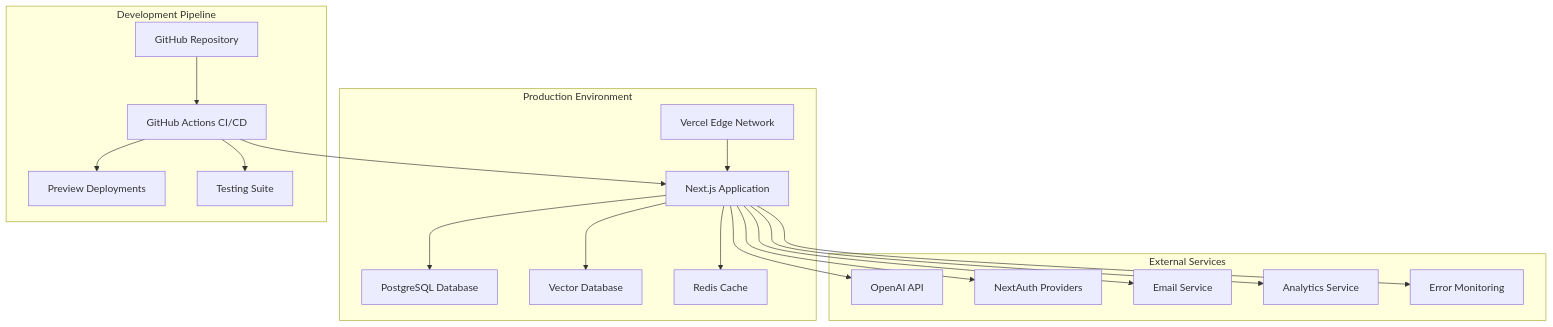
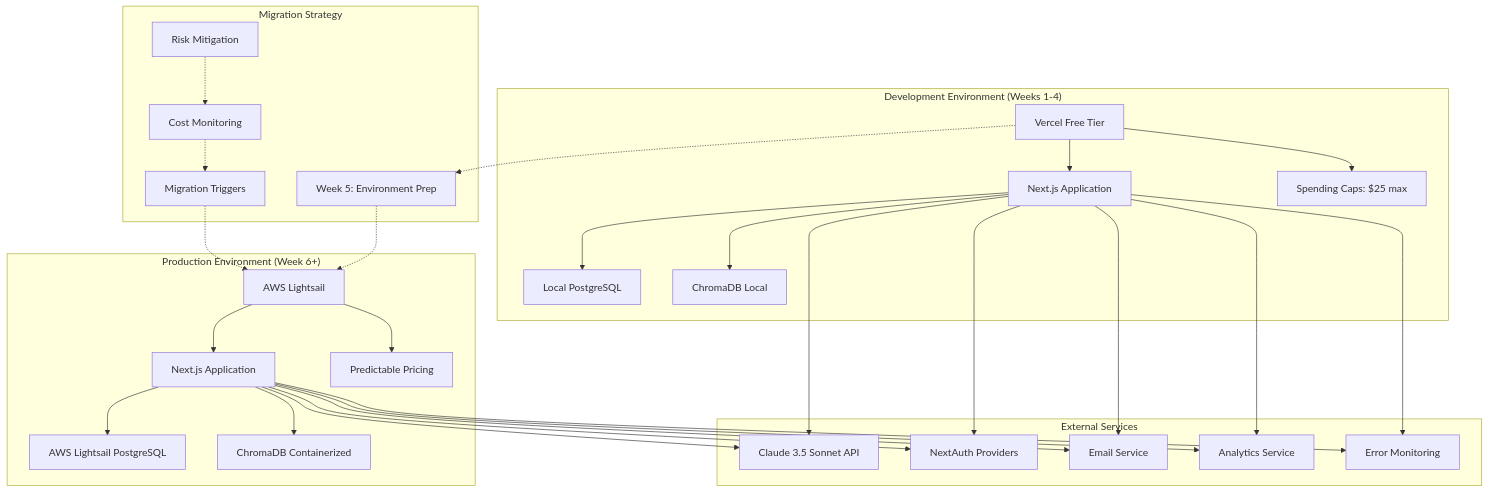
The sixth of 6 diagrams in docs/TSD/technical-specification-document.md (omnidox/Relational_Life_Practice), drawn with Mermaid before and after one commit. The commit also changed other lines of this file and 5 other files, not shown here.

````diff
--- a/docs/TSD/technical-specification-document.md
+++ b/docs/TSD/technical-specification-document.md
@@ -936,40 +942,61 @@
 ```mermaid
 graph TB
-    subgraph "Production Environment"
-        A[Vercel Edge Network]
+    subgraph "Development Environment (Weeks 1-4)"
+        A[Vercel Free Tier]
         B[Next.js Application]
-        C[PostgreSQL Database]
-        D[Vector Database]
-        E[Redis Cache]
+        C[Local PostgreSQL]
+        D[ChromaDB Local]
+        E[Spending Caps: $25 max]
+    end
+    
+    subgraph "Production Environment (Week 6+)"
+        F[AWS Lightsail]
+        G[Next.js Application]
+        H[AWS Lightsail PostgreSQL]
+        I[ChromaDB Containerized]
+        J[Predictable Pricing]
     end
     
     subgraph "External Services"
-        F[OpenAI API]
-        G[NextAuth Providers]
-        H[Email Service]
-        I[Analytics Service]
-        J[Error Monitoring]
+        K[Claude 3.5 Sonnet API]
+        L[NextAuth Providers]
+        M[Email Service]
+        N[Analytics Service]
+        O[Error Monitoring]
     end
     
-    subgraph "Development Pipeline"
-        K[GitHub Repository]
-        L[GitHub Actions CI/CD]
-        M[Preview Deployments]
-        N[Testing Suite]
+    subgraph "Migration Strategy"
+        P[Week 5: Environment Prep]
+        Q[Migration Triggers]
+        R[Cost Monitoring]
+        S[Risk Mitigation]
     end
     
     A --> B
     B --> C
     B --> D
-    B --> E
-    B --> F
-    B --> G
-    B --> H
-    B --> I
-    B --> J
+    A --> E
     
-    K --> L
-    L --> M
-    L --> N
-    L --> B
+    F --> G
+    G --> H
+    G --> I
+    F --> J
+    
+    B --> K
+    B --> L
+    B --> M
+    B --> N
+    B --> O
+    
+    G --> K
+    G --> L
+    G --> M
+    G --> N
+    G --> O
+    
+    A -.-> P
+    P -.-> F
+    Q -.-> F
+    R -.-> Q
+    S -.-> R
 ```
````
